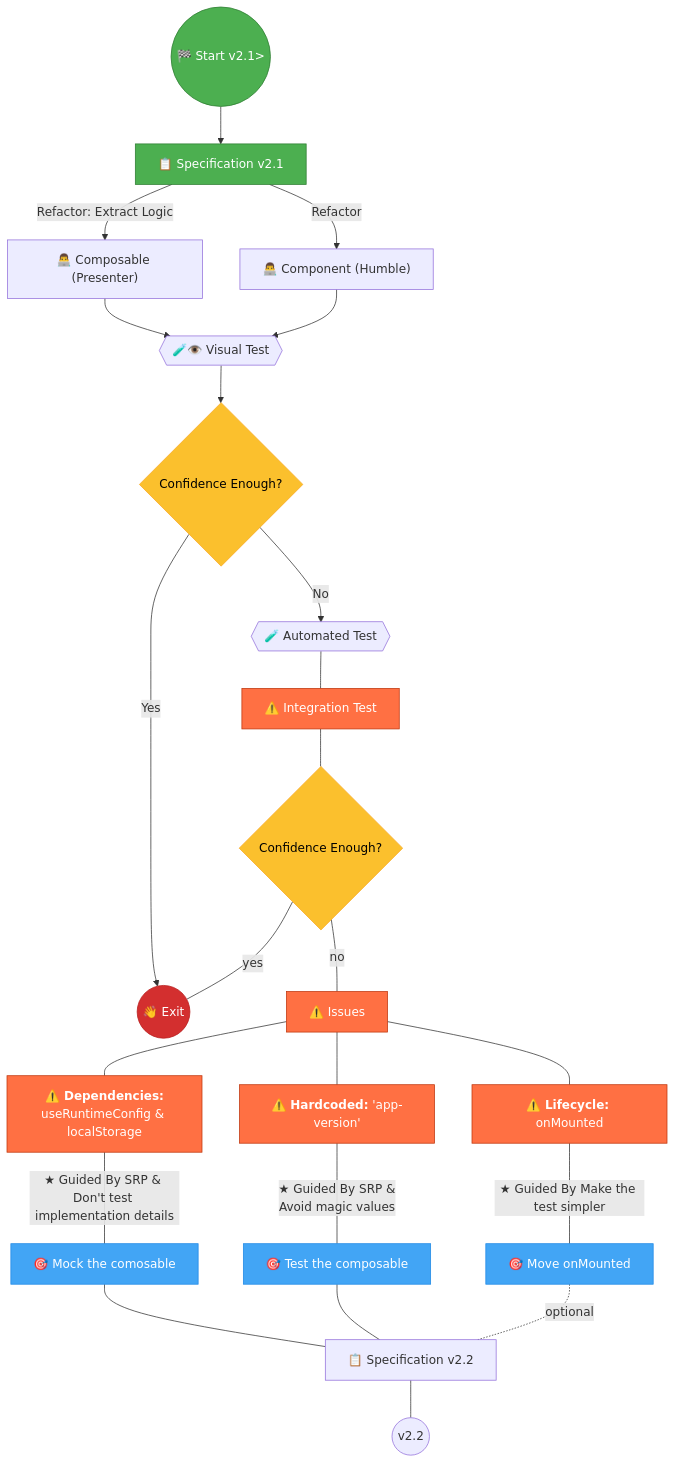
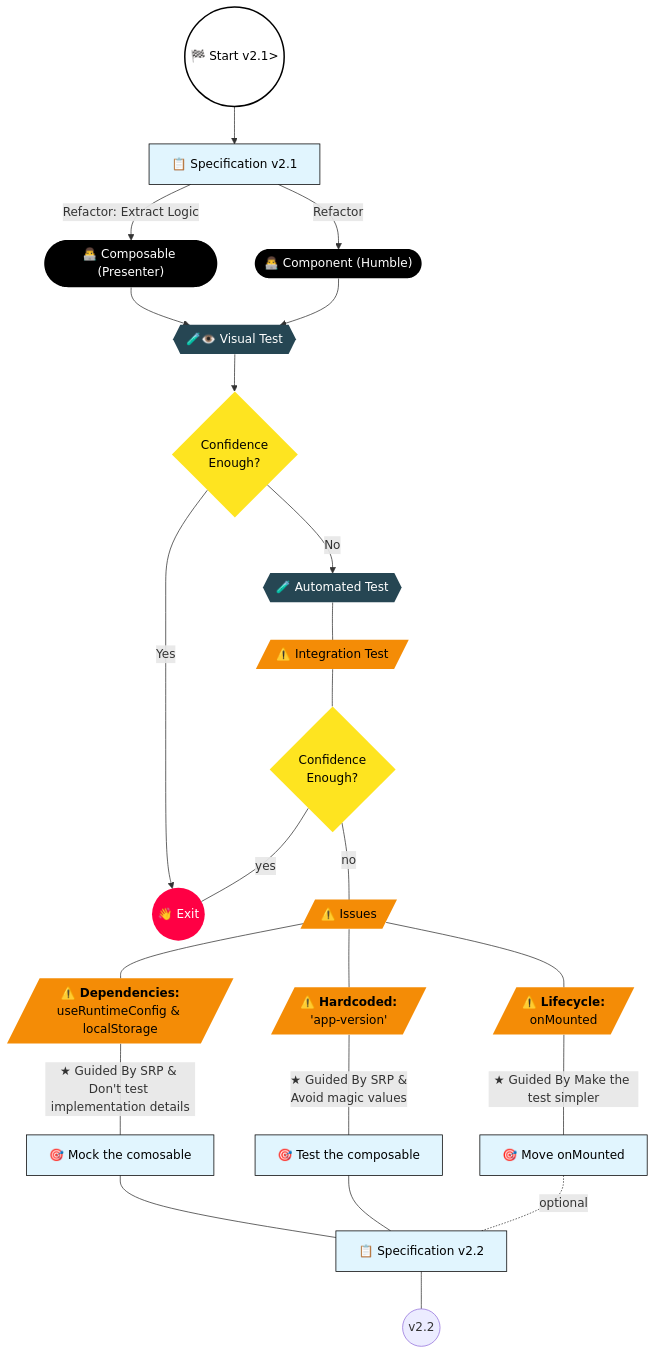
Before and after one commit to jeromeabel/nuxt-clean-architecture: the diagram in docs/Testing a Simple Nuxt Feature - 4 - Testing the component (v2-1).md, drawn with Mermaid. The commit also changed 6 other files, not shown here.

Commit message:
docs(version): up graphs colors and shapes

````diff
--- a/docs/Testing a Simple Nuxt Feature - 4 - Testing the component (v2-1).md
+++ b/docs/Testing a Simple Nuxt Feature - 4 - Testing the component (v2-1).md
@@ -179,64 +179,64 @@
 ```mermaid
 graph TB
 
     %% Start
     A((🏁 Start v2.1>)):::start
 
     %% Spec v2 Checklist
-    B[📋 Specification v2.1]:::start
+    B[📋 Specification v2.1]:::checklist
 
     %% Development Process
-    C2["👨‍💻 Component (Humble)"]
-    C1["👨‍💻 Composable (Presenter)"]
+    C2(["👨‍💻 Component (Humble)"]):::impl
+    C1(["👨‍💻 Composable (Presenter)"]):::impl
 
-    D{{🧪👁️ Visual Test}}
-    E{Confidence Enough?}:::decision
+    D{{🧪👁️ Visual Test}}:::test
+    E{Confidence <br>Enough?}:::decision
     F((👋 Exit)):::exit
 
     %% Test
-    G{{🧪 Automated Test}}
+    G{{🧪 Automated Test}}:::test
 
     %% Issues
-    H[⚠️ Integration Test]:::issue
-    I{Confidence Enough?}:::decision
+    H[/⚠️ Integration Test/]:::issue
+    I{Confidence <br>Enough?}:::decision
+    J[/⚠️ Issues/]:::issue
+    K1[/"⚠️ <b>Dependencies:</b><br>useRuntimeConfig & localStorage"/]:::issue
+    K2[/"⚠️ <b>Hardcoded:</b><br>'app-version'"/]:::issue
+    K3[/"⚠️ <b>Lifecycle:</b><br>onMounted"/]:::issue
 
-    J[⚠️ Issues]:::issue
-    K1["⚠️ <b>Dependencies:</b><br>useRuntimeConfig & localStorage"]:::issue
-    K2["⚠️ <b>Hardcoded:</b> 'app-version'"]:::issue
-    K3["⚠️ <b>Lifecycle:</b> onMounted"]:::issue
+    L1[🎯 Mock the comosable]:::checklist
+    L2[🎯 Test the composable]:::checklist
+    L3[🎯 Move onMounted]:::checklist
 
-    L1[🎯 Mock the comosable]:::action
-    L2[🎯 Test the composable]:::action
-    L3[🎯 Move onMounted]:::action
-
-    M[📋 Specification v2.2]
+    M[📋 Specification v2.2]:::checklist
     N((v2.2))
 
     %% Connections
     A --> B
     B --> | Refactor | C2
     B --> | Refactor: Extract Logic | C1
     C1 & C2 --> D
     D --> E
     E --> |Yes| F
     E --> |No| G
     %%G --- |"Refactor: add nextTick"| G
     G --- H
     H --- I
     I --- |yes| F
     I --- |no| J --- K1 & K2 & K3
     K1 --- |"★ Guided By SRP & <br>Don't test implementation details"|L1
     K2 --- |★ Guided By SRP & <br>Avoid magic values|L2
     K3 --- |"★ Guided By Make the test simpler"|L3
     L1 & L2 --- M
     L3 -.- |optional|M
     M --- N
 
     %% Define Styles %%
-    classDef start fill:#4CAF50,stroke:#2E7D32,color:#FFFFFF;
-    classDef exit fill:#D32F2F,stroke:#B71C1C,color:#FFFFFF;
-    classDef decision fill:#FBC02D,stroke:#F9A825,color:#000000;
-    classDef issue fill:#FF7043,stroke:#BF360C,color:#FFFFFF;
-    classDef action fill:#42A5F5,stroke:#1E88E5,color:#FFFFFF;
-    classDef checklist fill:#E1F5FE,stroke:#0277BD,color:#000000
+    classDef start fill:#fff,color:#000,stroke:#000,stroke-width:2;
+    classDef impl fill:#000,color:#fff,stroke:#fff,stroke-width:0;
+    classDef issue fill:#f48c06,color:#000,stroke:#333,stroke-width:0;
+    classDef decision fill:#FEE420,color:#000,stroke:#4F4400,stroke-width:0;
+    classDef test fill:#264653,color:#fff,stroke:#060600,stroke-width:0;
+    classDef exit fill:#ff0044,color:#fff,stroke-width:0;
+    classDef checklist fill:#E1F5FE,stroke:#000000,color:#000000;
 ```
````
